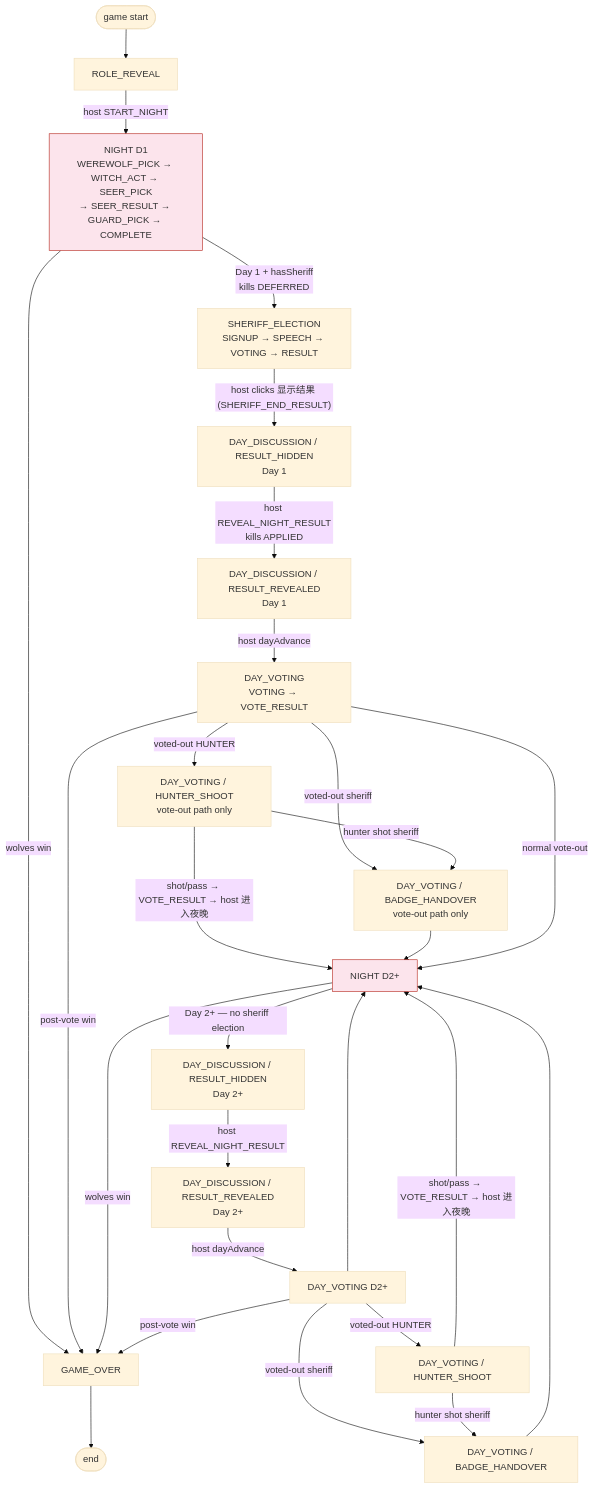
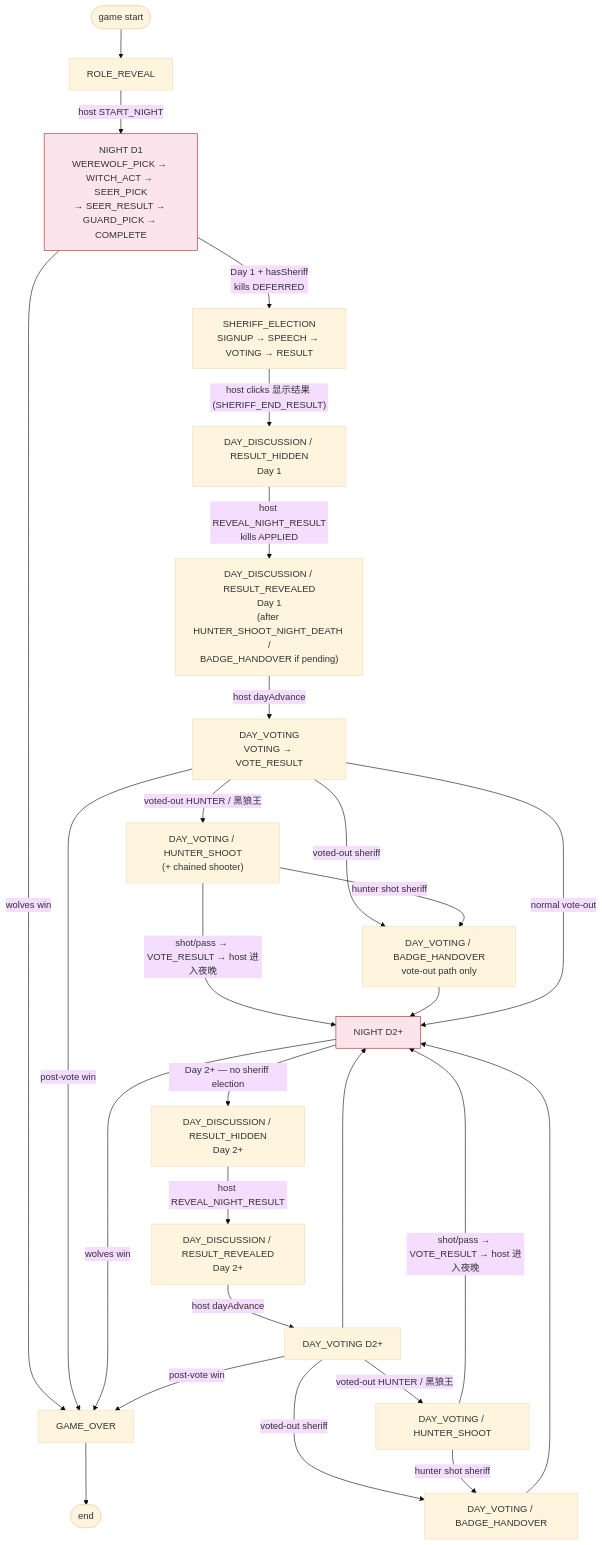
One commit to wangdaqian08/werewolf-simple changed the first of 3 diagrams in docs/game-phase-flow.md. Above: the diagram before and after it, drawn with Mermaid (base theme). The commit also changed other lines of this file and 68 other files, not shown here.

````diff
--- a/docs/game-phase-flow.md
+++ b/docs/game-phase-flow.md
@@ -29,37 +33,37 @@
  ```mermaid
  flowchart TB
      START([game start]) --> RR["ROLE_REVEAL"]
      RR -->|"host START_NIGHT"| N1["NIGHT D1<br/>WEREWOLF_PICK → WITCH_ACT → SEER_PICK<br/>→ SEER_RESULT → GUARD_PICK → COMPLETE"]
  
      N1 -->|"wolves win"| GO["GAME_OVER"]
      N1 -->|"Day 1 + hasSheriff<br/>kills DEFERRED"| SE["SHERIFF_ELECTION<br/>SIGNUP → SPEECH → VOTING → RESULT"]
  
      SE -->|"host clicks 显示结果 (SHERIFF_END_RESULT)"| DH1["DAY_DISCUSSION / RESULT_HIDDEN<br/>Day 1"]
-     DH1 -->|"host REVEAL_NIGHT_RESULT<br/>kills APPLIED"| DR1["DAY_DISCUSSION / RESULT_REVEALED<br/>Day 1"]
+     DH1 -->|"host REVEAL_NIGHT_RESULT<br/>kills APPLIED"| DR1["DAY_DISCUSSION / RESULT_REVEALED<br/>Day 1<br/>(after HUNTER_SHOOT_NIGHT_DEATH /<br/>BADGE_HANDOVER if pending)"]
      DR1 -->|"host dayAdvance"| DV1["DAY_VOTING<br/>VOTING → VOTE_RESULT"]
  
-     DV1 -->|"voted-out HUNTER"| HS1["DAY_VOTING / HUNTER_SHOOT<br/>vote-out path only"]
+     DV1 -->|"voted-out HUNTER / 黑狼王"| HS1["DAY_VOTING / HUNTER_SHOOT<br/>(+ chained shooter)"]
      DV1 -->|"voted-out sheriff"| BH1["DAY_VOTING / BADGE_HANDOVER<br/>vote-out path only"]
      HS1 -->|"hunter shot sheriff"| BH1
      HS1 -->|"shot/pass → VOTE_RESULT → host 进入夜晚"| N2["NIGHT D2+"]
      BH1 --> N2
      DV1 -->|"normal vote-out"| N2
      DV1 -->|"post-vote win"| GO
 
      N2 -->|"wolves win"| GO
     N2 -->|"Day 2+ — no sheriff election"| DH2["DAY_DISCUSSION / RESULT_HIDDEN<br/>Day 2+"]
     DH2 -->|"host REVEAL_NIGHT_RESULT"| DR2["DAY_DISCUSSION / RESULT_REVEALED<br/>Day 2+"]
     DR2 -->|"host dayAdvance"| DV2["DAY_VOTING D2+"]
-    DV2 -->|"voted-out HUNTER"| HS2["DAY_VOTING / HUNTER_SHOOT"]
+    DV2 -->|"voted-out HUNTER / 黑狼王"| HS2["DAY_VOTING / HUNTER_SHOOT"]
     DV2 -->|"voted-out sheriff"| BH2["DAY_VOTING / BADGE_HANDOVER"]
     HS2 -->|"hunter shot sheriff"| BH2
     HS2 -->|"shot/pass → VOTE_RESULT → host 进入夜晚"| N2
     BH2 --> N2
     DV2 --> N2
     DV2 -->|"post-vote win"| GO
 
     GO --> END([end])
 
     classDef nightKillNoLastAction fill:#fce4ec,stroke:#b5251a
     class N1,N2 nightKillNoLastAction
 ```
````
